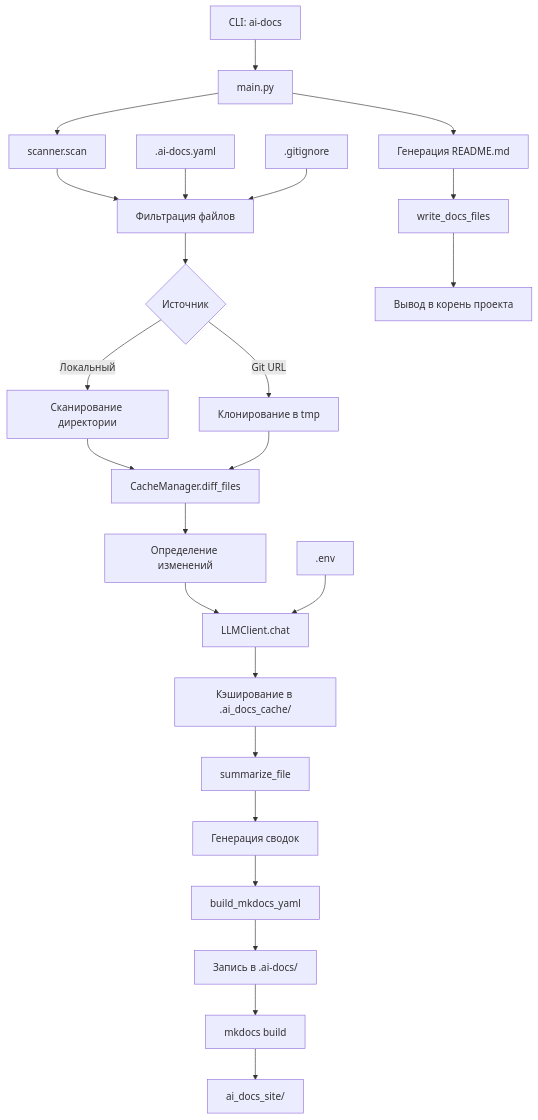
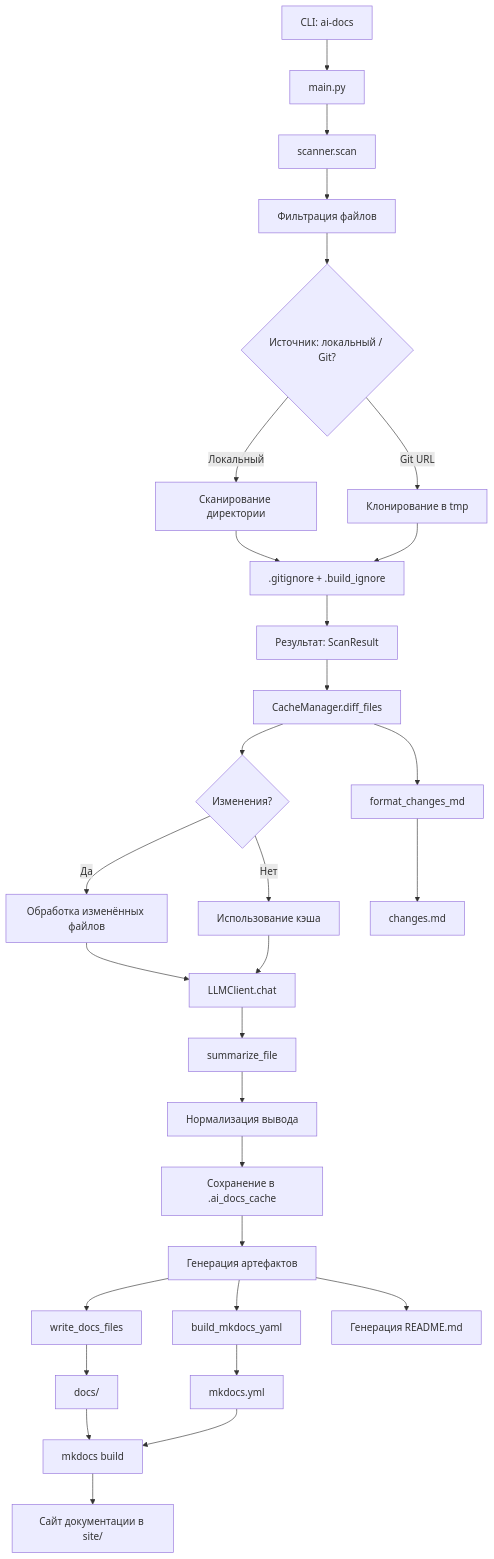
Before and after one commit to LKosoj/ai-docs: the diagram in .ai-docs/architecture.md, drawn with Mermaid. The commit also changed other lines of this file and 42 other files, not shown here.

First line of the commit message:
Обновление документации: архитектура, кэширование, LLM-интеграция и генерация артефактов

````diff
--- a/.ai-docs/architecture.md
+++ b/.ai-docs/architecture.md
@@ -3,26 +3,32 @@
 ```mermaid
 graph TD
     A[CLI: ai-docs] --> B[main.py]
     B --> C[scanner.scan]
     C --> D[Фильтрация файлов]
-    D --> E{Источник}
+    D --> E{Источник: локальный / Git?}
     E -->|Локальный| F[Сканирование директории]
     E -->|Git URL| G[Клонирование в tmp]
-    F --> H[CacheManager.diff_files]
+    F --> H[.gitignore + .build_ignore]
     G --> H
-    H --> I[Определение изменений]
-    I --> J[LLMClient.chat]
-    J --> K[Кэширование в .ai_docs_cache/]
-    K --> L[summarize_file]
-    L --> M[Генерация сводок]
-    M --> N[build_mkdocs_yaml]
-    N --> O[Запись в .ai-docs/]
-    O --> P[mkdocs build]
-    P --> Q[ai_docs_site/]
-    B --> R[Генерация README.md]
+    H --> I[Результат: ScanResult]
+    I --> J[CacheManager.diff_files]
+    J --> K{Изменения?}
+    K -->|Да| L[Обработка изменённых файлов]
+    K -->|Нет| M[Использование кэша]
+    L --> N[LLMClient.chat]
+    M --> N
+    N --> O[summarize_file]
+    O --> P[Нормализация вывода]
+    P --> Q[Сохранение в .ai_docs_cache]
+    Q --> R[Генерация артефактов]
     R --> S[write_docs_files]
-    S --> T[Вывод в корень проекта]
-    U[.ai-docs.yaml] --> D
-    V[.gitignore] --> D
-    W[.env] --> J
+    R --> T[build_mkdocs_yaml]
+    R --> U[Генерация README.md]
+    S --> V[docs/]
+    T --> W[mkdocs.yml]
+    V --> X[mkdocs build]
+    W --> X
+    X --> Y[Сайт документации в site/]
+    J --> Z[format_changes_md]
+    Z --> AA[changes.md]
 ```
````
